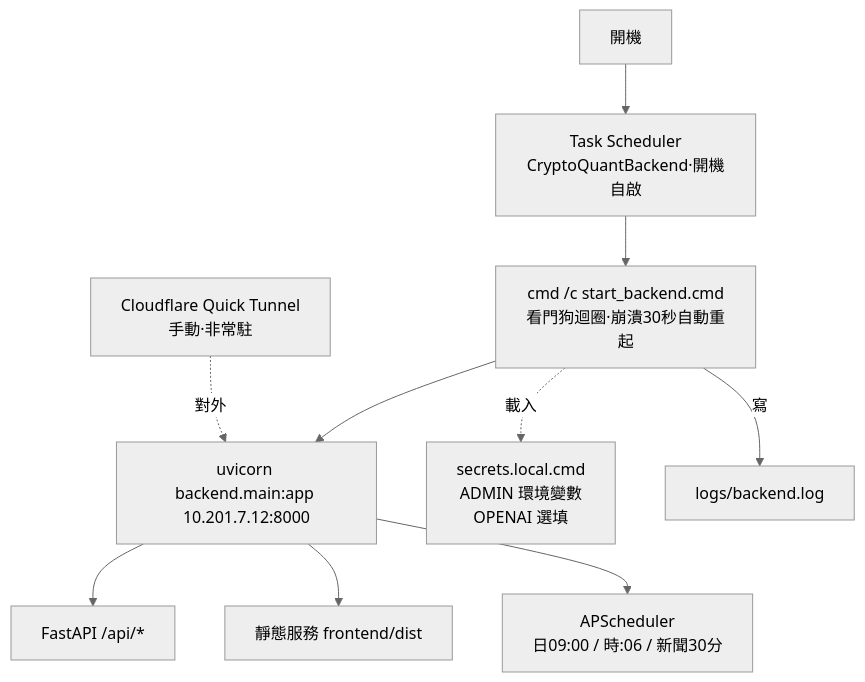
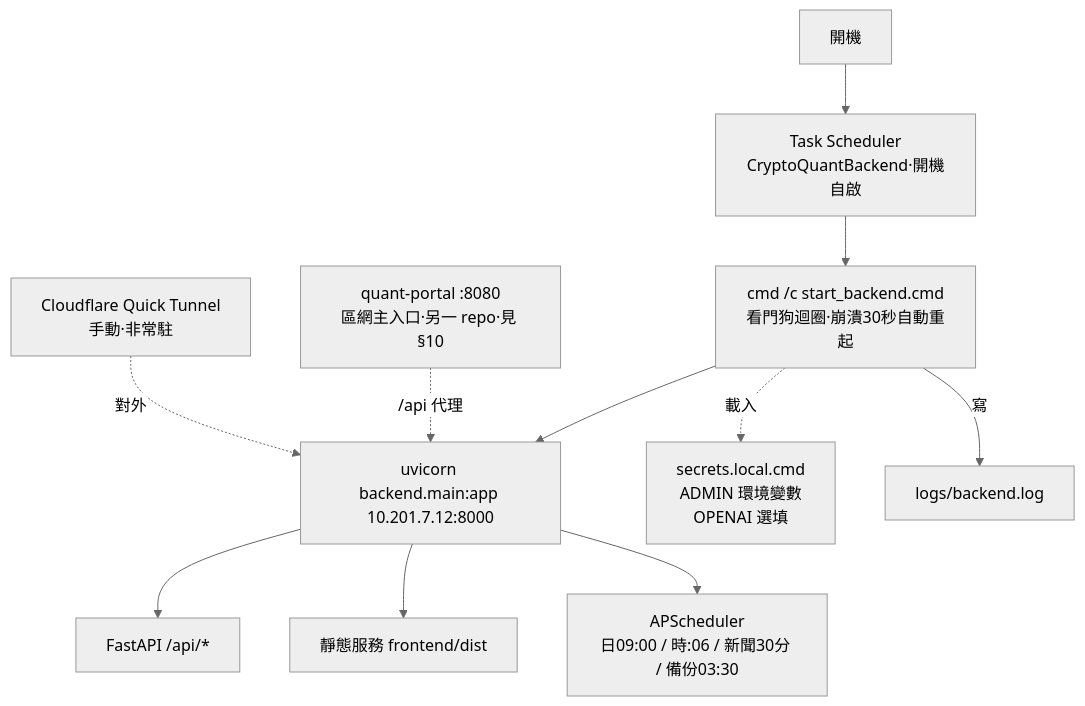
The diagram in docs/archive/部署與運維.md (yunzhenz-chainwin/crypto-quant), drawn with Mermaid (neutral theme) before and after one commit. The commit also changed other lines of this file and 24 other files, not shown here.

````diff
--- a/docs/archive/部署與運維.md
+++ b/docs/archive/部署與運維.md
@@ -12,12 +12,13 @@
 ```mermaid
 flowchart TD
     BOOT["開機"] --> TS["Task Scheduler<br/>CryptoQuantBackend·開機自啟"]
     TS --> CMD["cmd /c start_backend.cmd<br/>看門狗迴圈·崩潰30秒自動重起"]
     CMD --> UV["uvicorn backend.main:app 10.201.7.12:8000"]
     UV --> API["FastAPI /api/*"]
     UV --> STATIC["靜態服務 frontend/dist"]
-    UV --> SCHED["APScheduler<br/>日09:00 / 時:06 / 新聞30分"]
+    UV --> SCHED["APScheduler<br/>日09:00 / 時:06 / 新聞30分 / 備份03:30"]
     CMD -.->|"載入"| SEC["secrets.local.cmd<br/>ADMIN 環境變數<br/>OPENAI 選填"]
     CMD -->|"寫"| LOG["logs/backend.log"]
+    PORTAL["quant-portal :8080<br/>區網主入口·另一 repo·見 §10"] -.->|"/api 代理"| UV
     TUN["Cloudflare Quick Tunnel<br/>手動·非常駐"] -.->|"對外"| UV
 ```
````
